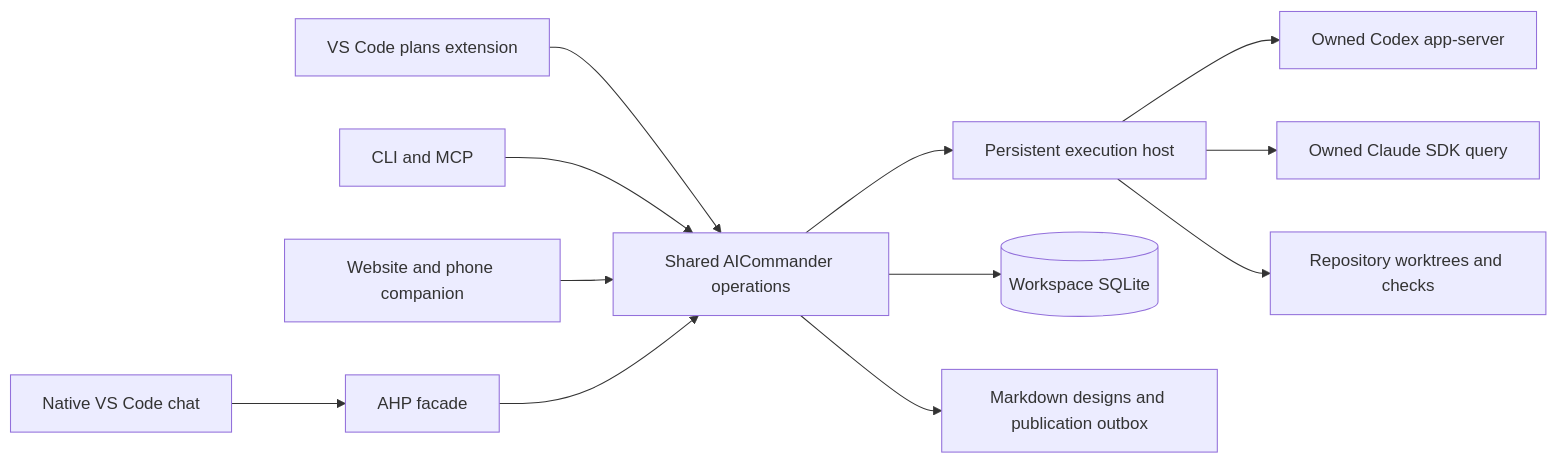
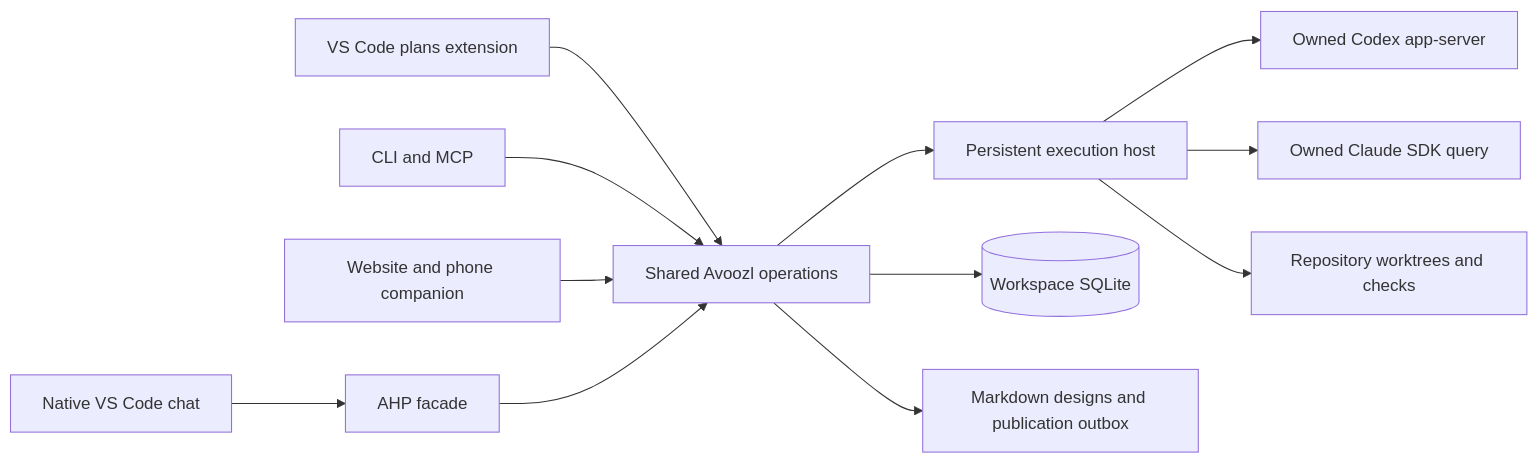
The first of 2 diagrams in docs/design/vscode-client.md (mtdowling/avoozl), drawn with Mermaid before and after one commit. The commit also changed other lines of this file and 42 other files, not shown here.

````diff
--- a/docs/design/vscode-client.md
+++ b/docs/design/vscode-client.md
@@ -44,14 +44,14 @@
 ```mermaid
 flowchart LR
-  VS[VS Code plans extension] --> API[Shared AICommander operations]
+  VS[VS Code plans extension] --> API[Shared Avoozl operations]
   CLI[CLI and MCP] --> API
   WEB[Website and phone companion] --> API
   CHAT[Native VS Code chat] --> AHP[AHP facade]
   AHP --> API
   API --> HOST[Persistent execution host]
   API --> DB[(Workspace SQLite)]
   API --> MD[Markdown designs and publication outbox]
   HOST --> C[Owned Codex app-server]
   HOST --> L[Owned Claude SDK query]
   HOST --> WT[Repository worktrees and checks]
 ```
````
